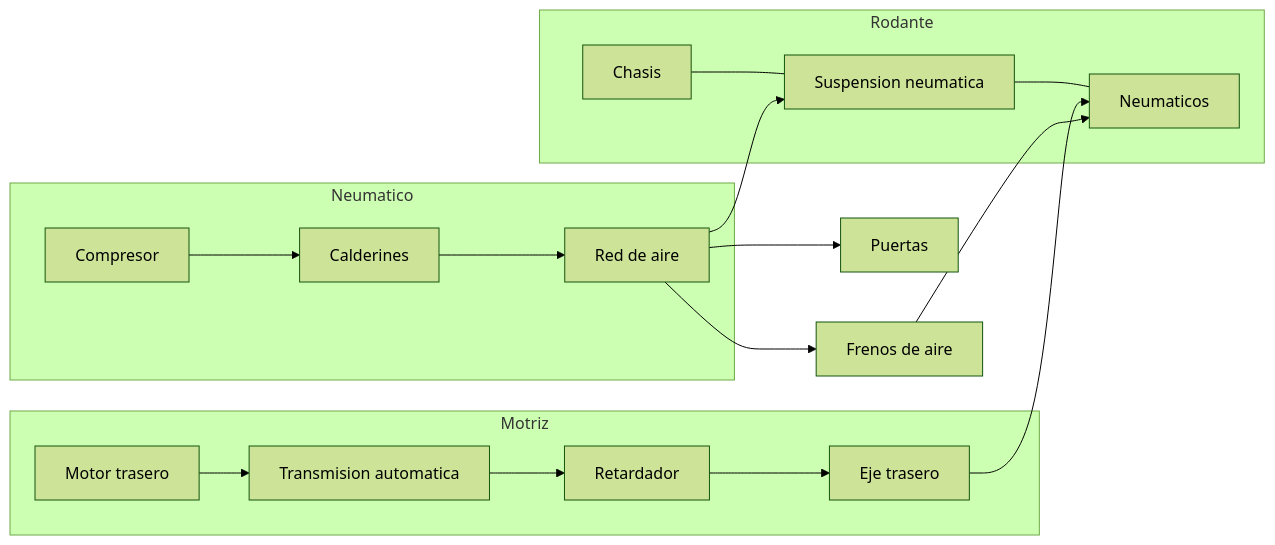
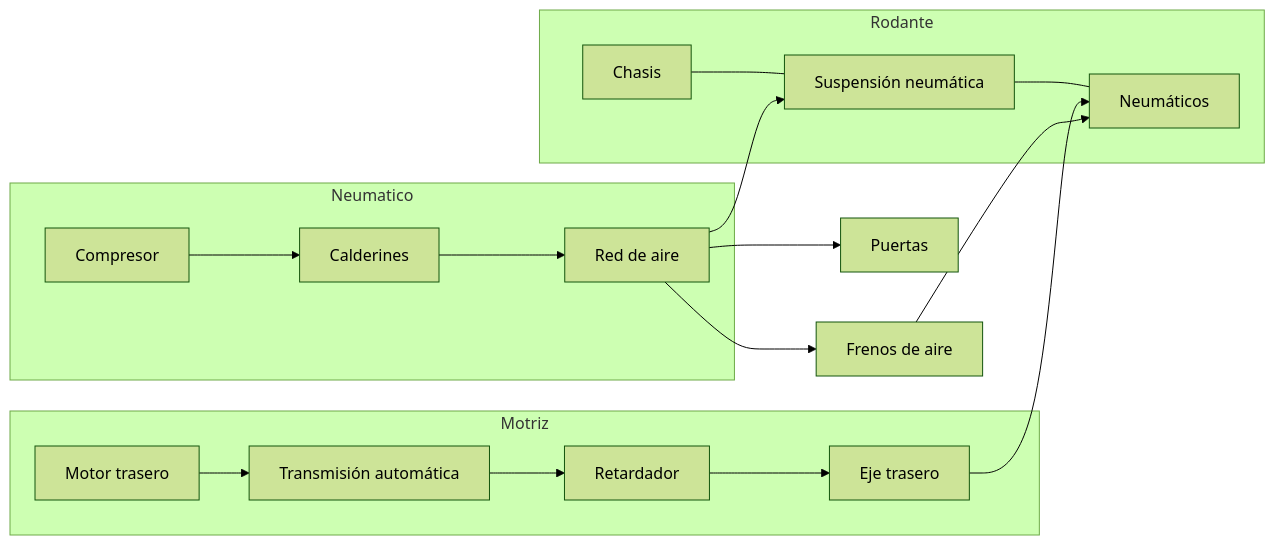
Before and after one commit to vladimiracunadev-create/machine-operator-program: the first of 4 diagrams in vehiculos/buses/operacion/sistemas-mecanicos-bus.md, drawn with Mermaid (forest theme). The commit also changed other lines of this file and 442 other files, not shown here.

````diff
--- a/vehiculos/buses/operacion/sistemas-mecanicos-bus.md
+++ b/vehiculos/buses/operacion/sistemas-mecanicos-bus.md
@@ -10,18 +10,18 @@
 ```mermaid
 flowchart LR
     subgraph Motriz
-        M[Motor trasero] --> Tr[Transmision automatica] --> Ret[Retardador] --> Eje[Eje trasero]
+        M[Motor trasero] --> Tr[Transmisión automática] --> Ret[Retardador] --> Eje[Eje trasero]
     end
     subgraph Neumatico
         Cmp[Compresor] --> Cal[Calderines] --> Aire[Red de aire]
     end
     subgraph Rodante
-        Ch[Chasis] --- Sus[Suspension neumatica]
-        Sus --- N[Neumaticos]
+        Ch[Chasis] --- Sus[Suspensión neumática]
+        Sus --- N[Neumáticos]
     end
     Aire --> Fr[Frenos de aire]
     Aire --> Pu[Puertas]
     Aire --> Sus
     Eje --> N
     Fr --> N
 ```
````
